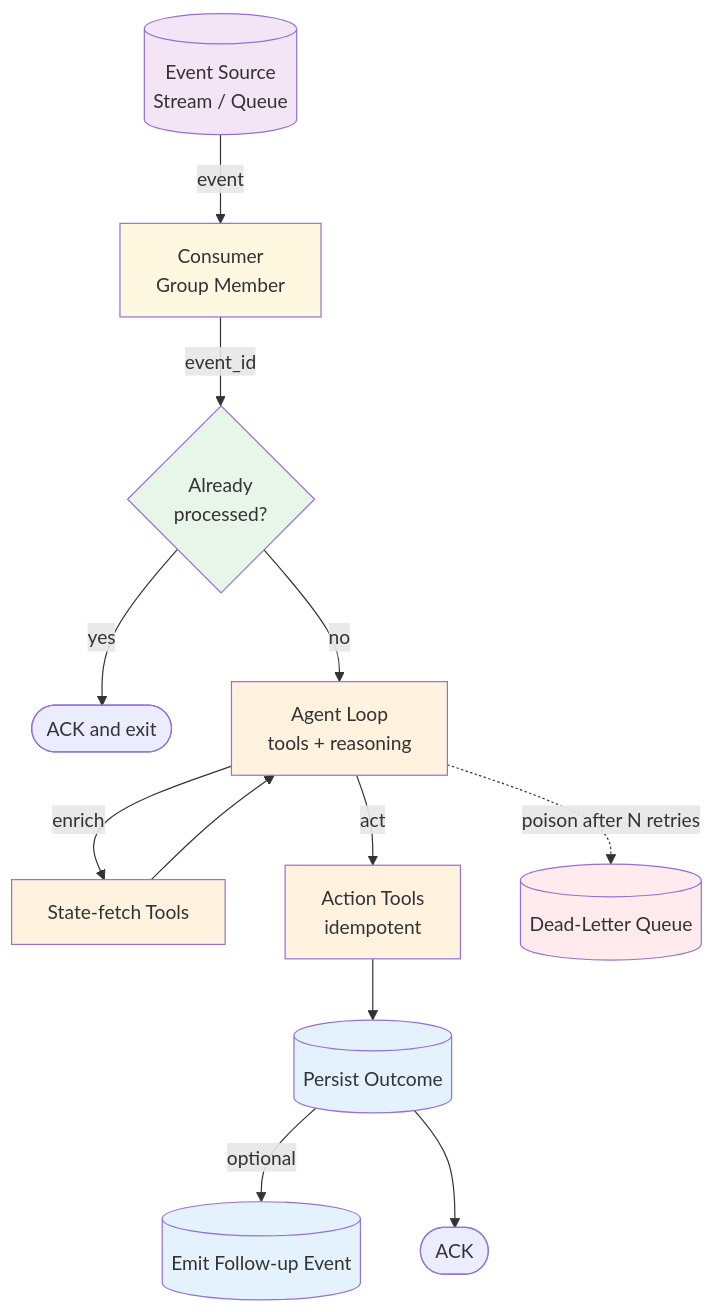
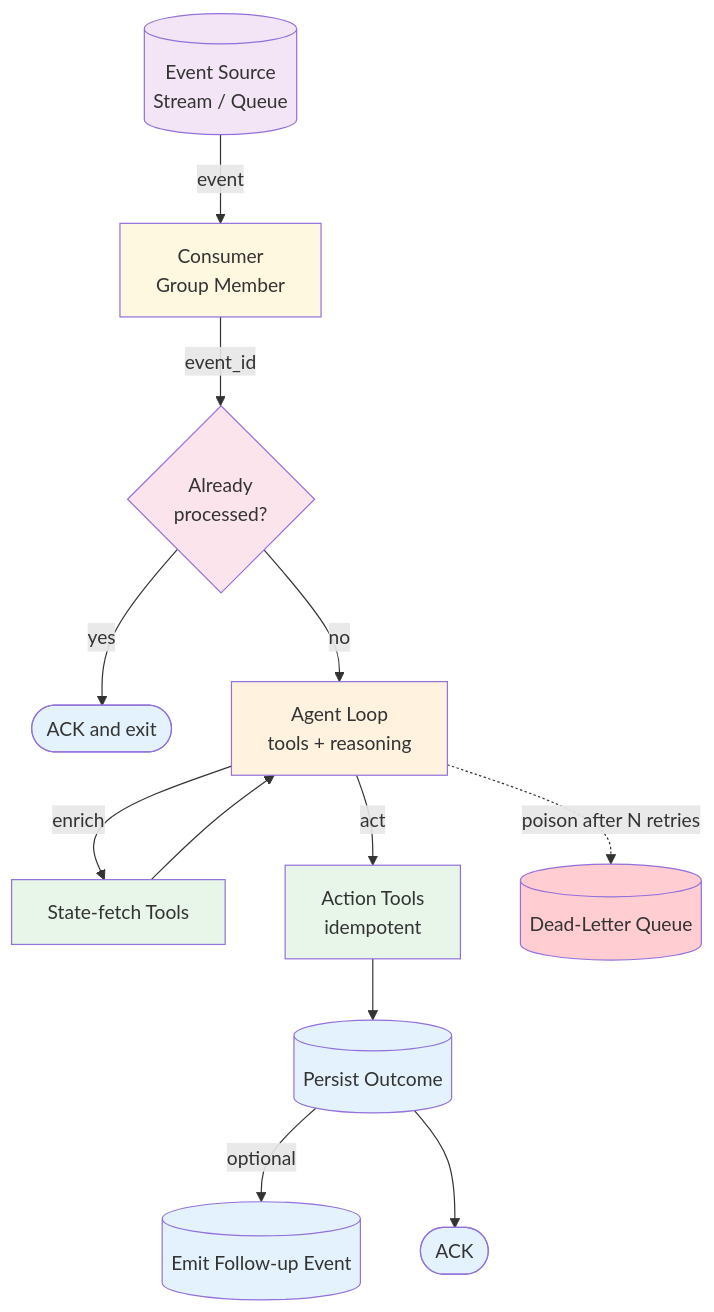
One commit to jagguvarma15/agent-blueprints changed the diagram in patterns/event-driven/overview.md. Above: the diagram before and after it, drawn with Mermaid. The commit also changed 2 other files, not shown here.

Commit message:
bug fixes and improvements

````diff
--- a/patterns/event-driven/overview.md
+++ b/patterns/event-driven/overview.md
@@ -9,24 +9,26 @@
 ```mermaid
 graph TD
     Source[(Event Source<br/>Stream / Queue)] -->|"event"| Consumer[Consumer<br/>Group Member]
     Consumer -->|"event_id"| Idem{Already<br/>processed?}
     Idem -->|"yes"| Ack1([ACK and exit])
     Idem -->|"no"| Agent[Agent Loop<br/>tools + reasoning]
     Agent -->|"enrich"| Tools[State-fetch Tools]
     Tools --> Agent
     Agent -->|"act"| Actions[Action Tools<br/>idempotent]
     Actions --> Outcome[(Persist Outcome)]
     Outcome -->|"optional"| Emit[(Emit Follow-up Event)]
     Outcome --> Ack2([ACK])
     Agent -.->|"poison after N retries"| DLQ[(Dead-Letter Queue)]
 
     style Source fill:#f3e5f5
     style Consumer fill:#fff8e1
     style Agent fill:#fff3e0
-    style Tools fill:#fff3e0
-    style Actions fill:#fff3e0
+    style Tools fill:#e8f5e9
+    style Actions fill:#e8f5e9
     style Outcome fill:#e3f2fd
     style Emit fill:#e3f2fd
-    style DLQ fill:#ffebee
-    style Idem fill:#e8f5e9
+    style DLQ fill:#ffcdd2
+    style Idem fill:#fce4ec
+    style Ack1 fill:#e3f2fd
+    style Ack2 fill:#e3f2fd
 ```
````
